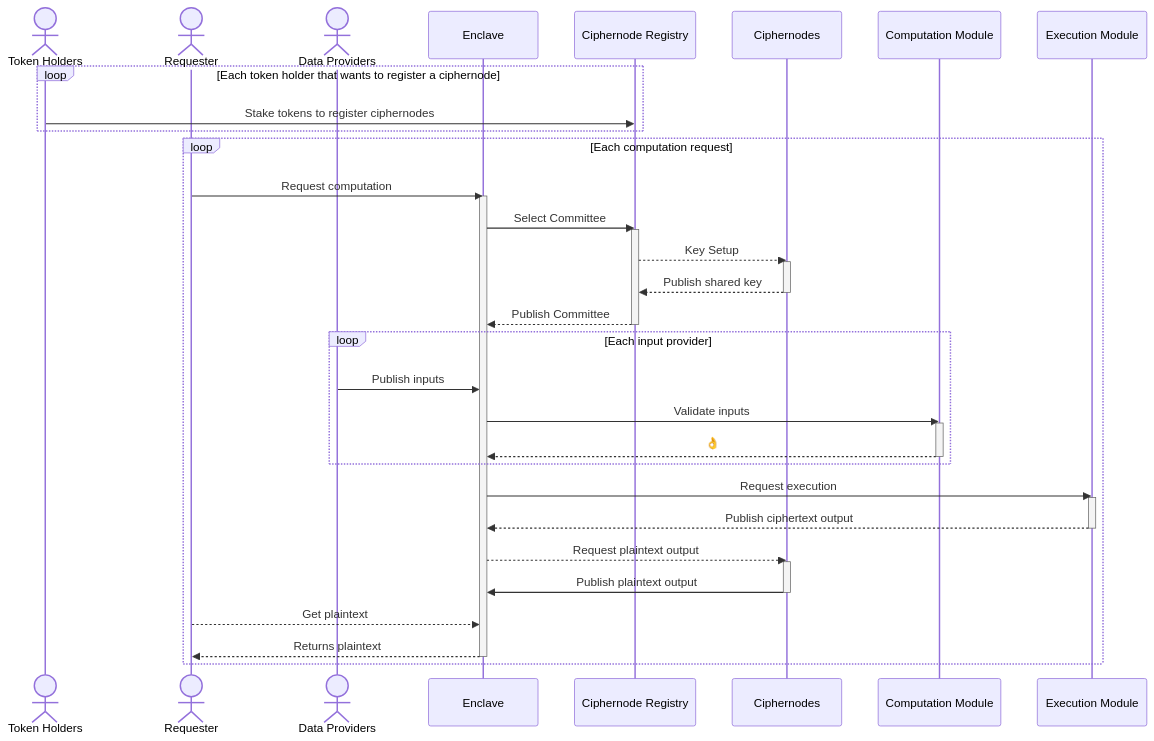
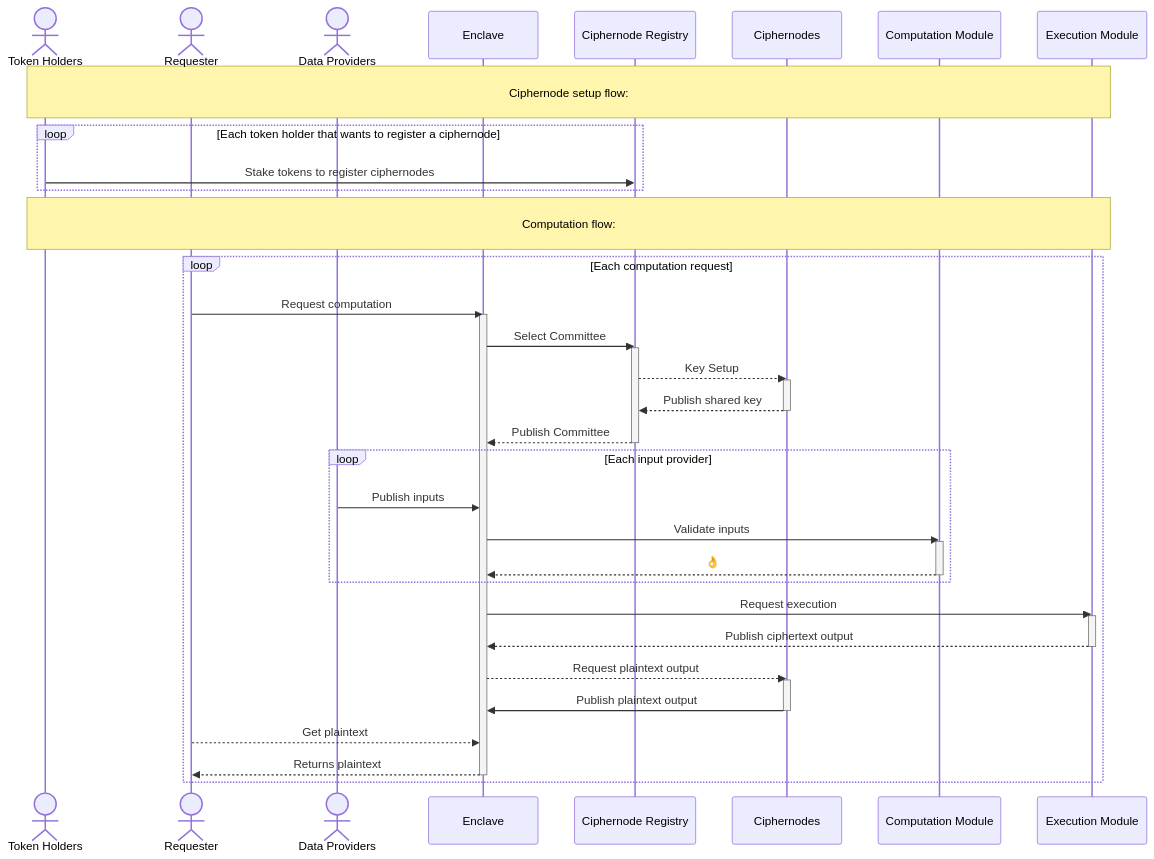
One commit to gnosisguild/enclave changed the diagram in README.md. Above: the diagram before and after it, drawn with Mermaid.

Commit message:
add notes for clarity to sequence diagram

````diff
--- a/README.md
+++ b/README.md
@@ -18,51 +18,55 @@
 ```mermaid
 sequenceDiagram
     actor Token Holders
     actor Requester
     actor Data Providers
     participant Enclave
     participant Ciphernode Registry
     participant Ciphernodes
     participant Computation Module
     participant Execution Module
 
+    Note over Token Holders, Execution Module: <br/>Ciphernode setup flow:<br/>
+
     loop Each token holder that wants to register a ciphernode
         Token Holders ->> Ciphernode Registry: Stake tokens to register ciphernodes
     end
+
+    Note over Token Holders, Execution Module: <br/>Computation flow:<br/>
 
     loop Each computation request
         Requester ->> Enclave: Request computation
         activate Enclave
             Enclave ->> Ciphernode Registry: Select Committee
             activate Ciphernode Registry
                 Ciphernode Registry -->> Ciphernodes: Key Setup
                 activate Ciphernodes
                     Ciphernodes -->> Ciphernode Registry: Publish shared key
                 deactivate Ciphernodes
                 Ciphernode Registry -->> Enclave: Publish Committee
             deactivate Ciphernode Registry
 
             loop Each input provider
                 Data Providers ->> Enclave: Publish inputs
                 Enclave ->> Computation Module: Validate inputs
                 activate Computation Module
                     Computation Module -->> Enclave: 👌
                 deactivate Computation Module
             end
 
             Enclave ->> Execution Module: Request execution
             activate Execution Module
             Execution Module -->> Enclave: Publish ciphertext output
             deactivate Execution Module
 
             Enclave -->> Ciphernodes: Request plaintext output
             activate Ciphernodes
                 Ciphernodes ->> Enclave: Publish plaintext output
             deactivate Ciphernodes
 
             Requester -->> Enclave: Get plaintext
             Enclave -->> Requester: Returns plaintext
         deactivate Enclave
     end
 
 ```
````
